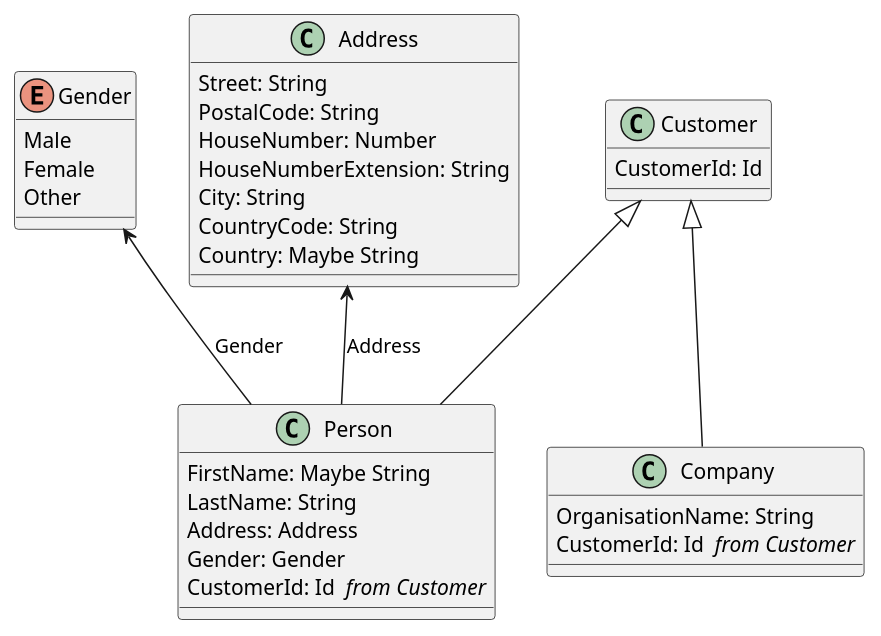
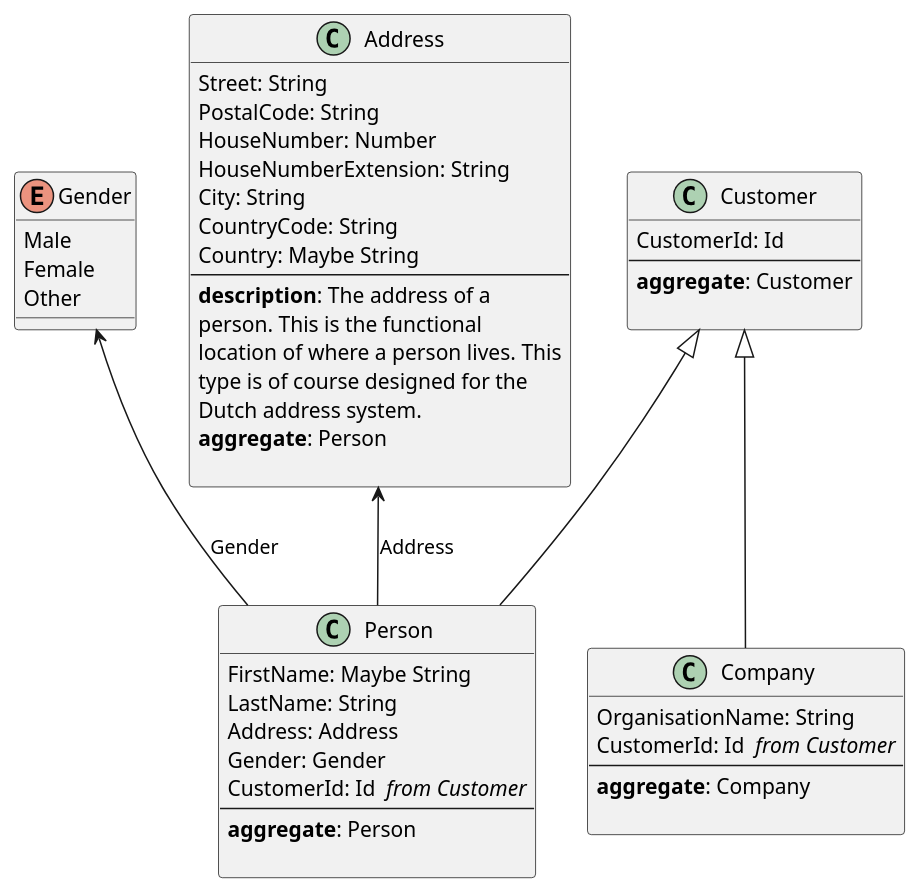
Before and after one commit to Baudin999/car-lang: the diagram in Examples/.out/v0.0.1/Customer/Customer.puml, drawn with PlantUML. The commit also changed 30 other files, not shown here.

```diff
--- a/Examples/.out/v0.0.1/Customer/Customer.puml
+++ b/Examples/.out/v0.0.1/Customer/Customer.puml
@@ -1,32 +1,49 @@
 enum Gender {
 	Male
 	Female
 	Other
 }
 class "Address" as Address  {
 	Street: String 
 	PostalCode: String 
 	HouseNumber: Number 
 	HouseNumberExtension: String 
 	City: String 
 	CountryCode: String 
 	Country: Maybe String
+--
+  <b>description</b>: The address of a
+ person. This is the functional
+ location of where a person lives. This
+ type is of course designed for the
+ Dutch address system.
+<b>aggregate</b>: Person
+    
 }
 class "Person " as Person  {
 	FirstName: Maybe String
 	LastName: String 
 	Address: Address 
 	Gender: Gender 
 	CustomerId: Id  <i>from Customer</i>
+--
+  <b>aggregate</b>: Person
+    
 }
 Address <-- Person : Address
 Gender <-- Person : Gender
 Customer <|-- Person
 class "Company " as Company  {
 	OrganisationName: String 
 	CustomerId: Id  <i>from Customer</i>
+--
+  <b>aggregate</b>: Company
+    
 }
 Customer <|-- Company
 class "Customer" as Customer  {
 	CustomerId: Id 
+--
+  <b>aggregate</b>: Customer
+    
 }
```
